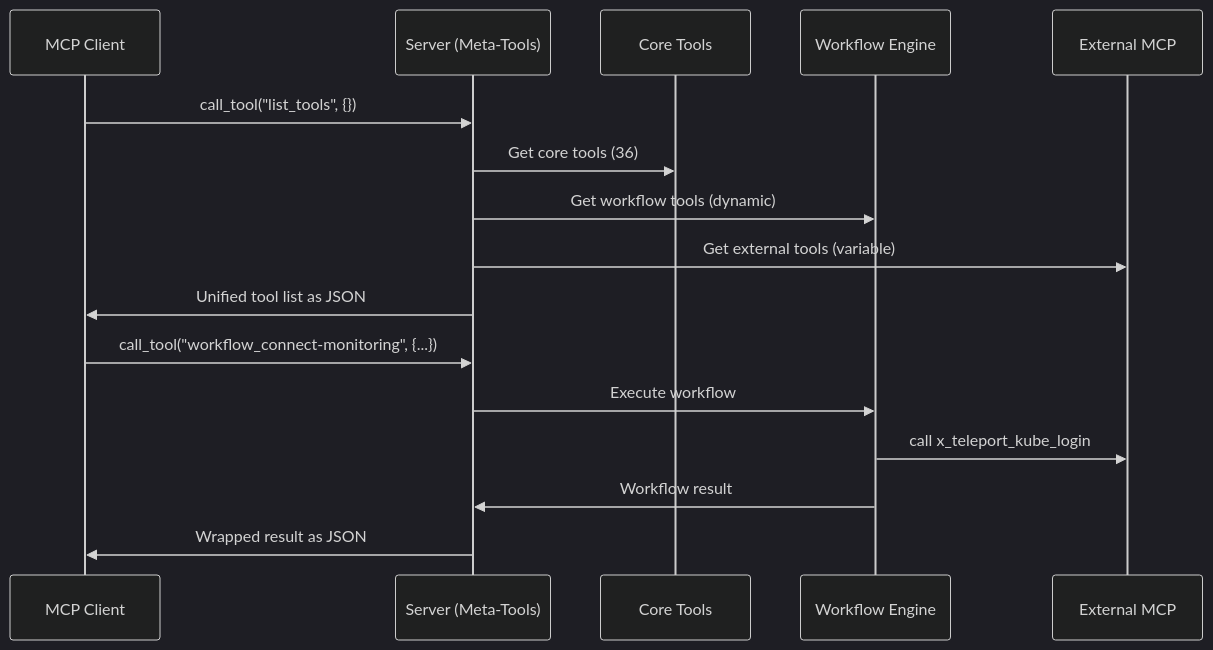
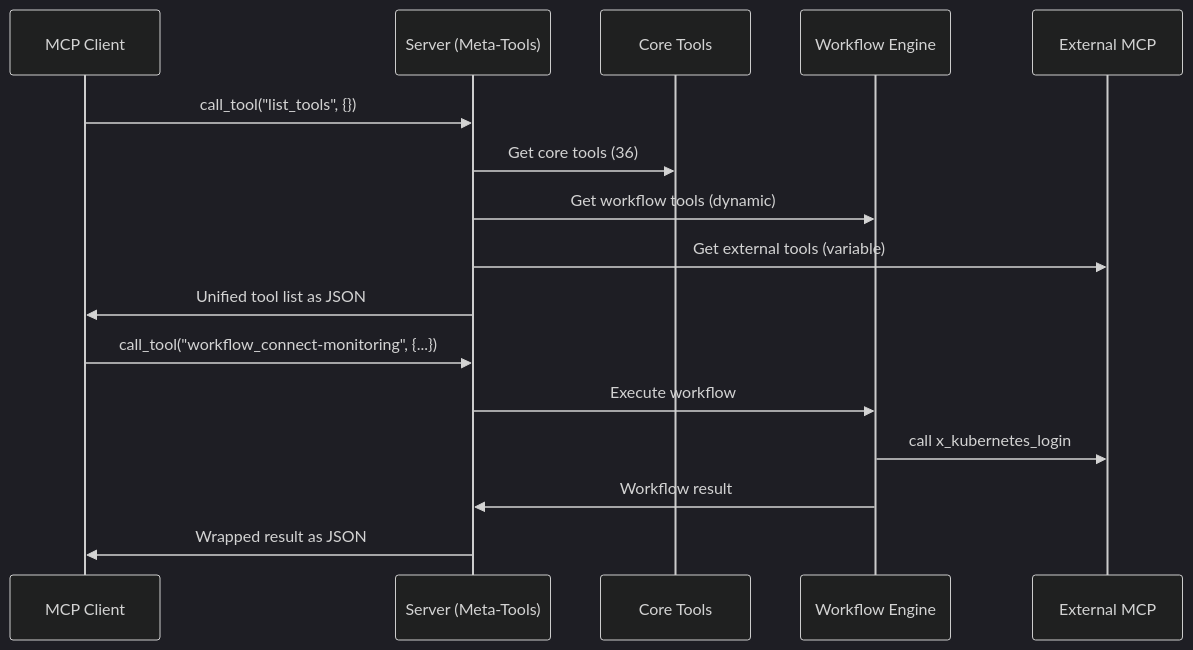
One commit to giantswarm/muster changed the fifth of 5 diagrams in docs/explanation/architecture.md. Above: the diagram before and after it, drawn with Mermaid (dark theme). The commit also changed other lines of this file and 56 other files, not shown here.

````diff
--- a/docs/explanation/architecture.md
+++ b/docs/explanation/architecture.md
@@ -221,20 +219,20 @@
 ```mermaid
 sequenceDiagram
     participant Client as MCP Client
     participant Server as Server (Meta-Tools)
     participant Core as Core Tools
     participant WF as Workflow Engine
     participant Ext as External MCP
 
     Client->>Server: call_tool("list_tools", {})
     Server->>Core: Get core tools (36)
     Server->>WF: Get workflow tools (dynamic)
     Server->>Ext: Get external tools (variable)
     Server->>Client: Unified tool list as JSON
 
     Client->>Server: call_tool("workflow_connect-monitoring", {...})
     Server->>WF: Execute workflow
-    WF->>Ext: call x_teleport_kube_login
+    WF->>Ext: call x_kubernetes_login
     WF->>Server: Workflow result
     Server->>Client: Wrapped result as JSON
 ```
````
